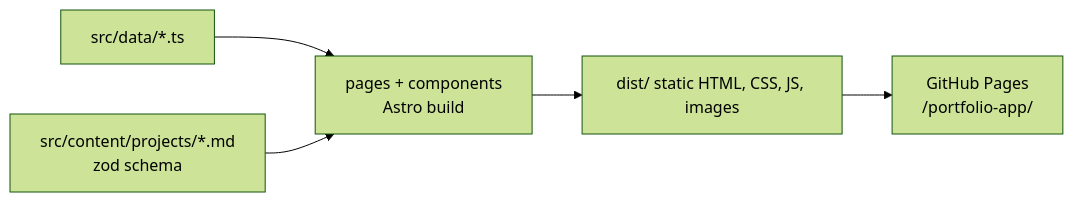
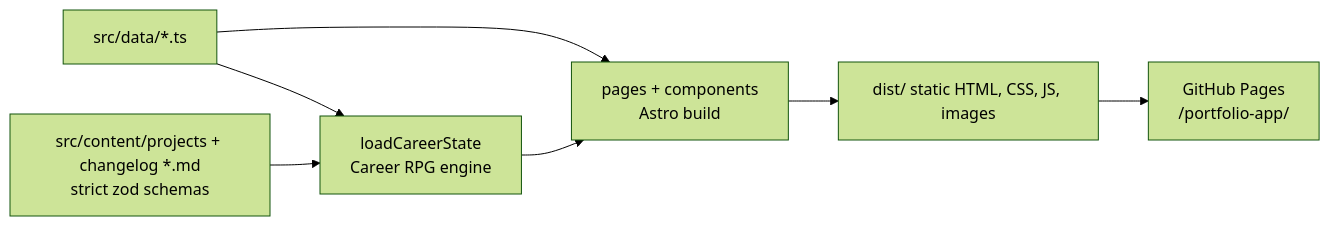
Before and after one commit to xuanduynguyen96/portfolio-app: the first of 3 diagrams in docs/system-architecture.md, drawn with Mermaid (forest theme). The commit also changed other lines of this file and 7 other files, not shown here.

First line of the commit message:
docs: document Career RPG layer

````diff
--- a/docs/system-architecture.md
+++ b/docs/system-architecture.md
@@ -7,7 +7,9 @@
 ```mermaid
 flowchart LR
   D[src/data/*.ts] --> P
-  C[src/content/projects/*.md<br/>zod schema] --> P
+  C[src/content/projects + changelog *.md<br/>strict zod schemas] --> R[loadCareerState<br/>Career RPG engine]
+  D --> R
+  R --> P
   P[pages + components<br/>Astro build] --> O[dist/ static HTML, CSS, JS, images]
   O --> G[GitHub Pages<br/>/portfolio-app/]
 ```
````
